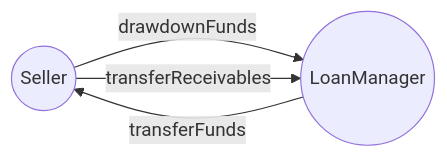
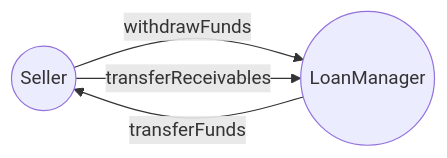
The fourth of 10 diagrams in docs/contracts/diagrams.md (isle-labs/isle-docs), drawn with Mermaid before and after one commit. The commit also changed other lines of this file and 7 other files, not shown here.

Commit message:
GITBOOK-27: Update and add diagrams

````diff
--- a/docs/contracts/diagrams.md
+++ b/docs/contracts/diagrams.md
@@ -58,9 +50,9 @@
 ```mermaid
 flowchart LR
   S((Seller))
   LM((LoanManager))
-  S -- "drawdownFunds" --> LM
+  S -- "withdrawFunds" --> LM
   S -- "transferReceivables" --> LM
   LM -- "transferFunds" --> S
   
 ```
````
